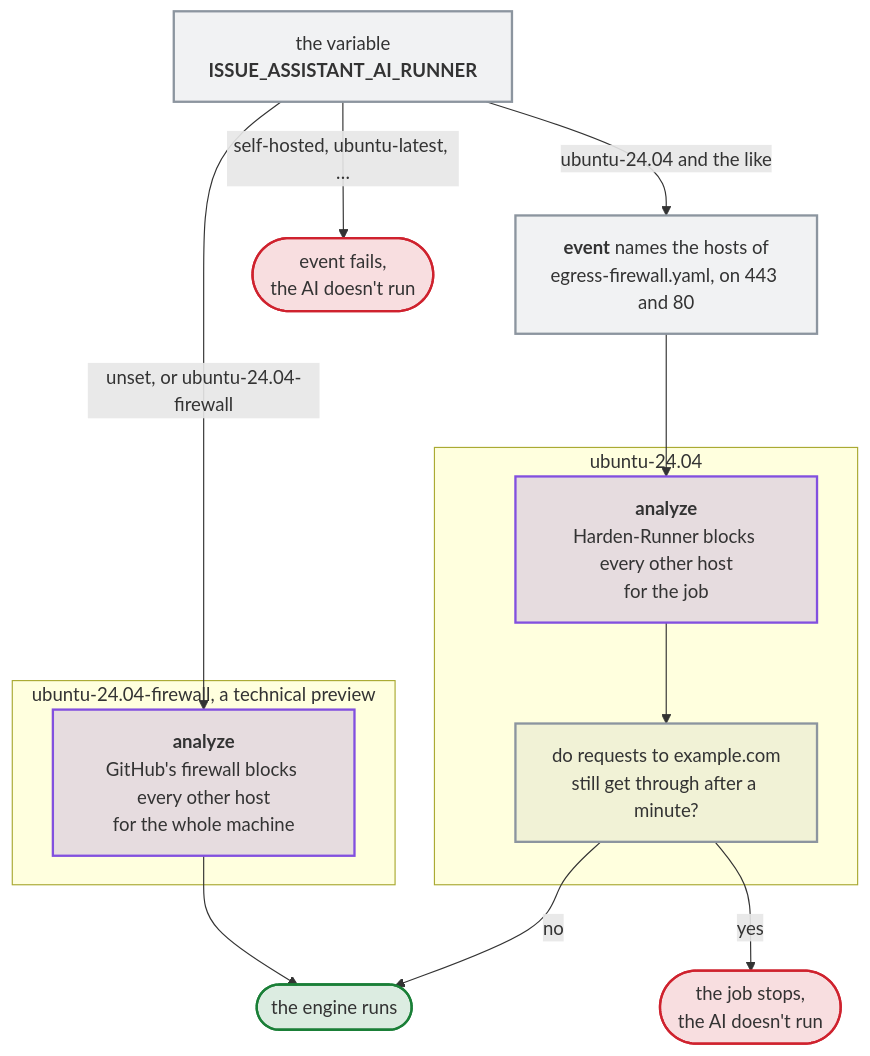
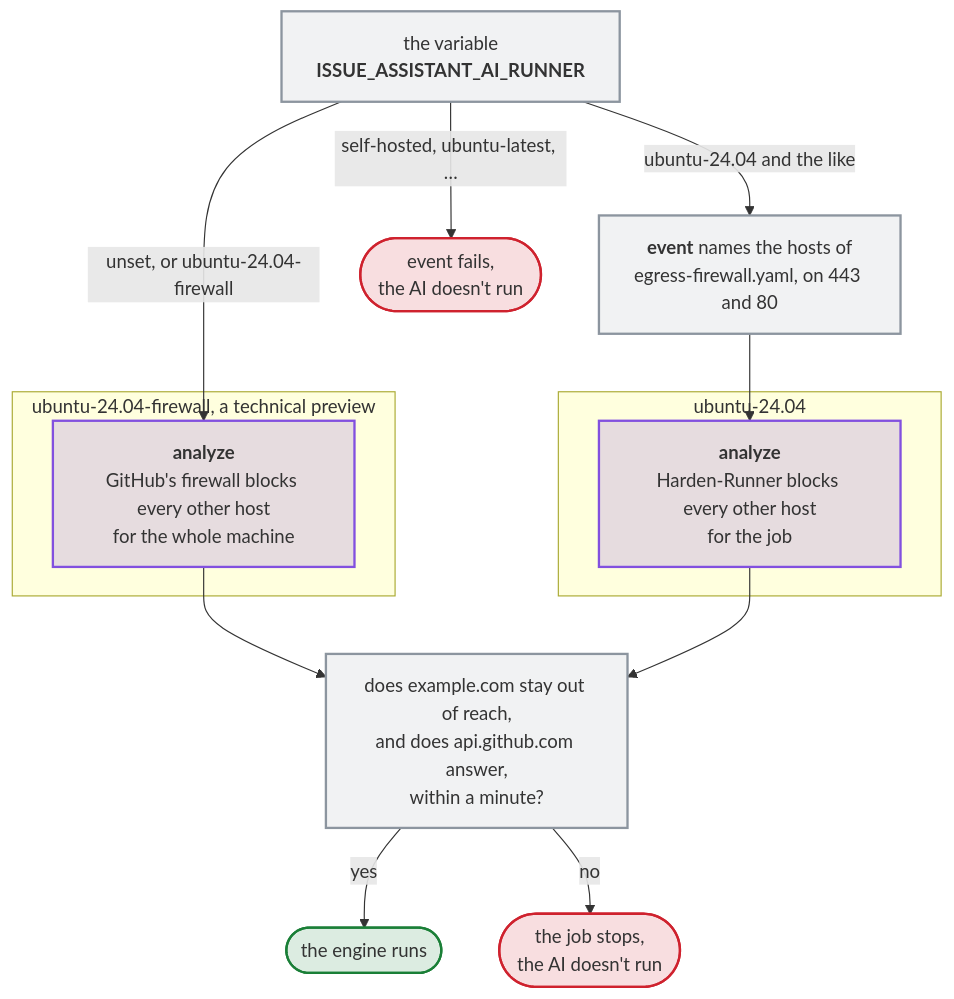
The diagram in docs/diagrams/which-runner-the-ai-runs-on.mmd (Dennis-Otto/issue-assistant), drawn with Mermaid before and after one commit. The commit also changed 19 other files, not shown here.

First line of the commit message:
fix: the AI runs only once the egress firewall proves that it blocks other hosts (#287)

```diff
--- a/docs/diagrams/which-runner-the-ai-runs-on.mmd
+++ b/docs/diagrams/which-runner-the-ai-runs-on.mmd
@@ -1,29 +1,29 @@
 flowchart TB
   accTitle: Which runner the AI runs on
-  accDescr: The job event reads the repository variable ISSUE_ASSISTANT_AI_RUNNER. Unset, or ubuntu-24.04-firewall, the job analyze runs on GitHub's egress-firewall runner, whose firewall blocks every host but those of .github/egress-firewall.yaml for the whole machine. For one of GitHub's runners of Ubuntu with a fixed version, such as ubuntu-24.04, the job event names the hosts of the same file with their ports; there Harden-Runner blocks every other host as the first step of analyze, and the next step stops the job when requests to example.com still get through after a minute, before the engine runs. For any other runner, such as a self-hosted one or ubuntu-latest, the job event fails and the AI doesn't run.
+  accDescr: The job event reads the repository variable ISSUE_ASSISTANT_AI_RUNNER. Unset, or ubuntu-24.04-firewall, the job analyze runs on GitHub's egress-firewall runner, whose firewall blocks every host but those of .github/egress-firewall.yaml for the whole machine. For one of GitHub's runners of Ubuntu with a fixed version, such as ubuntu-24.04, the job event names the hosts of the same file with their ports; there Harden-Runner blocks every other host as the first step of analyze. On either runner, the next step makes sure that the block holds before the engine runs: requests to example.com, a host of no policy, must fail and one to api.github.com must get an answer, within a minute, or the job stops. For any other runner, such as a self-hosted one or ubuntu-latest, the job event fails and the AI doesn't run.
   variable["`the variable<br>**ISSUE_ASSISTANT_AI_RUNNER**`"]
   variable -->|"unset, or ubuntu-24.04-firewall"| firewall
   variable -->|"ubuntu-24.04 and the like"| endpoints
   variable -->|"self-hosted, ubuntu-latest, …"| refused
   subgraph preview ["ubuntu-24.04-firewall, a technical preview"]
     firewall["`**analyze**<br>GitHub's firewall blocks every other host<br>for the whole machine`"]
   end
   endpoints["`**event** names the hosts of<br>egress-firewall.yaml, on 443 and 80`"]
   subgraph plain ["ubuntu-24.04"]
     hardened["`**analyze**<br>Harden-Runner blocks every other host<br>for the job`"]
-    holds["`do requests to example.com<br>still get through after a minute?`"]
-    hardened --> holds
   end
   endpoints --> hardened
-  firewall --> engine(["the engine runs"])
-  holds -->|no| engine
-  holds -->|yes| stop(["the job stops,<br>the AI doesn't run"])
+  holds["`does example.com stay out of reach,<br>and does api.github.com answer,<br>within a minute?`"]
+  firewall --> holds
+  hardened --> holds
+  holds -->|yes| engine(["the engine runs"])
+  holds -->|no| stop(["the job stops,<br>the AI doesn't run"])
   refused(["event fails,<br>the AI doesn't run"])
   classDef ai fill:#8250df33,stroke:#8250df,stroke-width:2px
   classDef job fill:#8c959f1f,stroke:#8c959f,stroke-width:2px
   classDef safe fill:#1a7f3726,stroke:#1a7f37,stroke-width:2px
   classDef untrusted fill:#cf222e26,stroke:#cf222e,stroke-width:2px
   class firewall,hardened ai
   class variable,endpoints,holds job
   class engine safe
   class stop,refused untrusted
```
